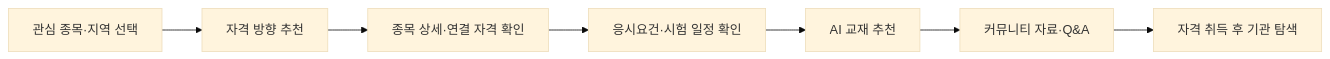
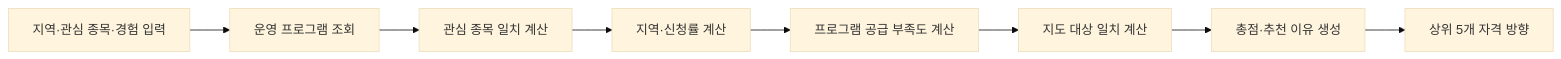
One commit to Leesannn/SportsCompass changed the fourth of 7 diagrams in README.md. Above: the diagram before and after it, drawn with Mermaid (base theme). The commit also changed other lines of this file, not shown here.

```diff
--- a/README.md
+++ b/README.md
@@ -299,9 +457,10 @@
 ~~~mermaid
 flowchart LR
-    A[관심 종목·지역 선택] --> B[자격 방향 추천]
-    B --> C[종목 상세·연결 자격 확인]
-    C --> D[응시요건·시험 일정 확인]
-    D --> E[AI 교재 추천]
-    E --> F[커뮤니티 자료·Q&A]
-    F --> G[자격 취득 후 기관 탐색]
+    A[지역·관심 종목·경험 입력] --> B[운영 프로그램 조회]
+    B --> C[관심 종목 일치 계산]
+    C --> D[지역·신청률 계산]
+    D --> E[프로그램 공급 부족도 계산]
+    E --> F[지도 대상 일치 계산]
+    F --> G[총점·추천 이유 생성]
+    G --> H[상위 5개 자격 방향]
 ~~~
```
